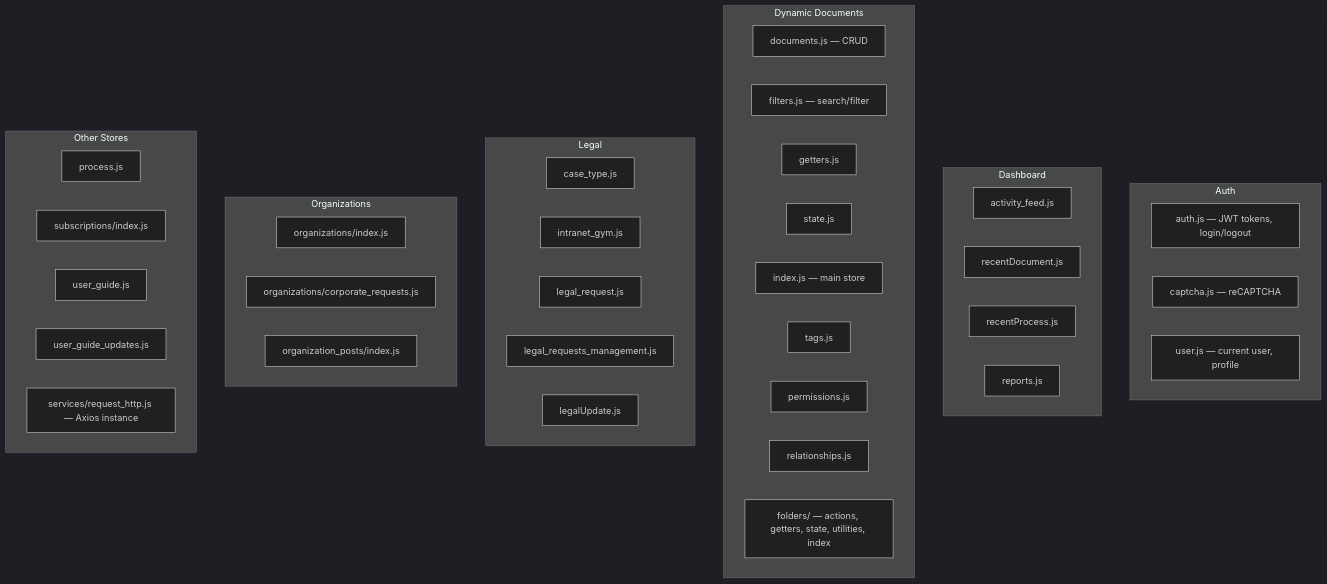
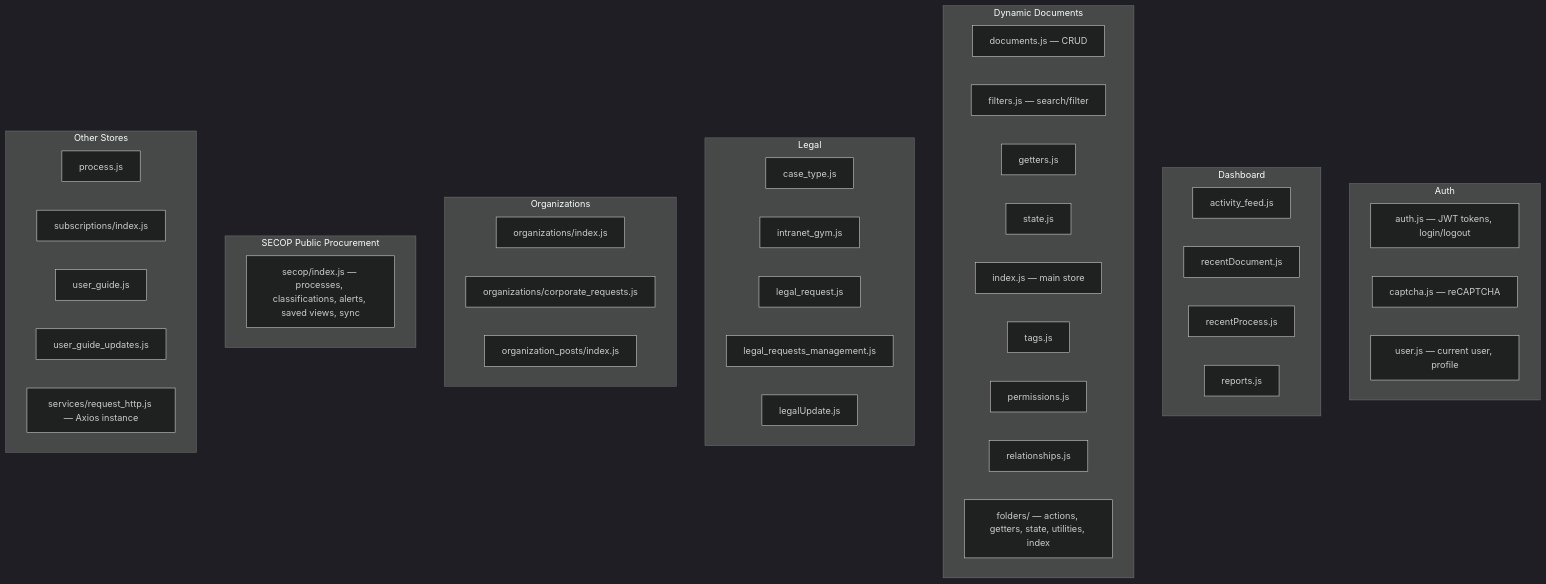
Before and after one commit to carlos18bp/gym_project: the seventh of 8 diagrams in docs/methodology/architecture.md, drawn with Mermaid (dark theme). The commit also changed other lines of this file and 64 other files, not shown here.

First line of the commit message:
FEAT: Complete SECOP Public Procurement module implementation with full test coverage and UI/UX redesign

````diff
--- a/docs/methodology/architecture.md
+++ b/docs/methodology/architecture.md
@@ -345,49 +374,53 @@
 ```mermaid
 flowchart TD
     subgraph AuthStores["Auth"]
         AS["auth.js — JWT tokens, login/logout"]
         CS["captcha.js — reCAPTCHA"]
         US["user.js — current user, profile"]
     end
 
     subgraph DashStores["Dashboard"]
         AF["activity_feed.js"]
         RD["recentDocument.js"]
         RP["recentProcess.js"]
         RE["reports.js"]
     end
 
     subgraph DocStores["Dynamic Documents"]
         DD["documents.js — CRUD"]
         DF["filters.js — search/filter"]
         DG["getters.js"]
         DS["state.js"]
         DI["index.js — main store"]
         DT["tags.js"]
         DP["permissions.js"]
         DR["relationships.js"]
         FF["folders/ — actions, getters, state, utilities, index"]
     end
 
     subgraph LegalStores["Legal"]
         CT["case_type.js"]
         IG["intranet_gym.js"]
         LR["legal_request.js"]
         LRM["legal_requests_management.js"]
         LU["legalUpdate.js"]
     end
 
     subgraph OrgStores["Organizations"]
         OI["organizations/index.js"]
         OCR["organizations/corporate_requests.js"]
         OP["organization_posts/index.js"]
     end
 
+    subgraph SecopStores["SECOP Public Procurement"]
+        SC["secop/index.js — processes, classifications, alerts, saved views, sync"]
+    end
+
     subgraph Other["Other Stores"]
         PR["process.js"]
         SUB["subscriptions/index.js"]
         UG["user_guide.js"]
         UGU["user_guide_updates.js"]
         RH["services/request_http.js — Axios instance"]
     end
 ```
````
